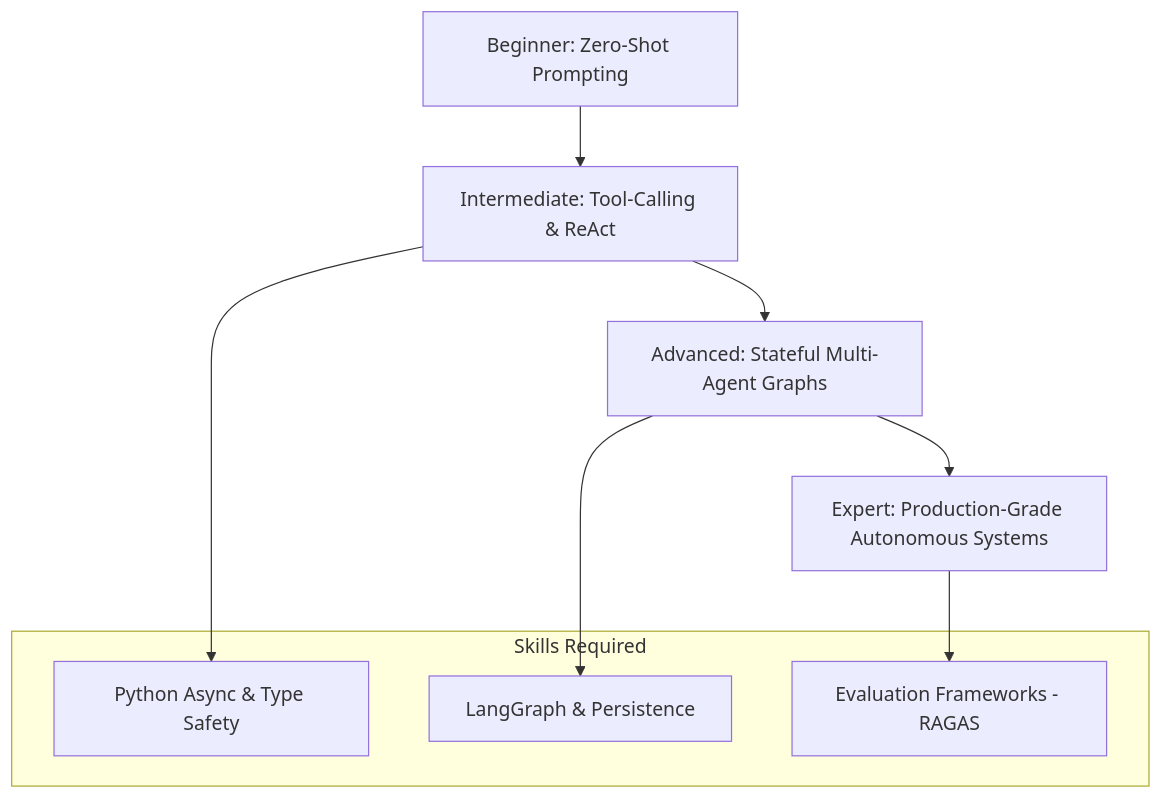
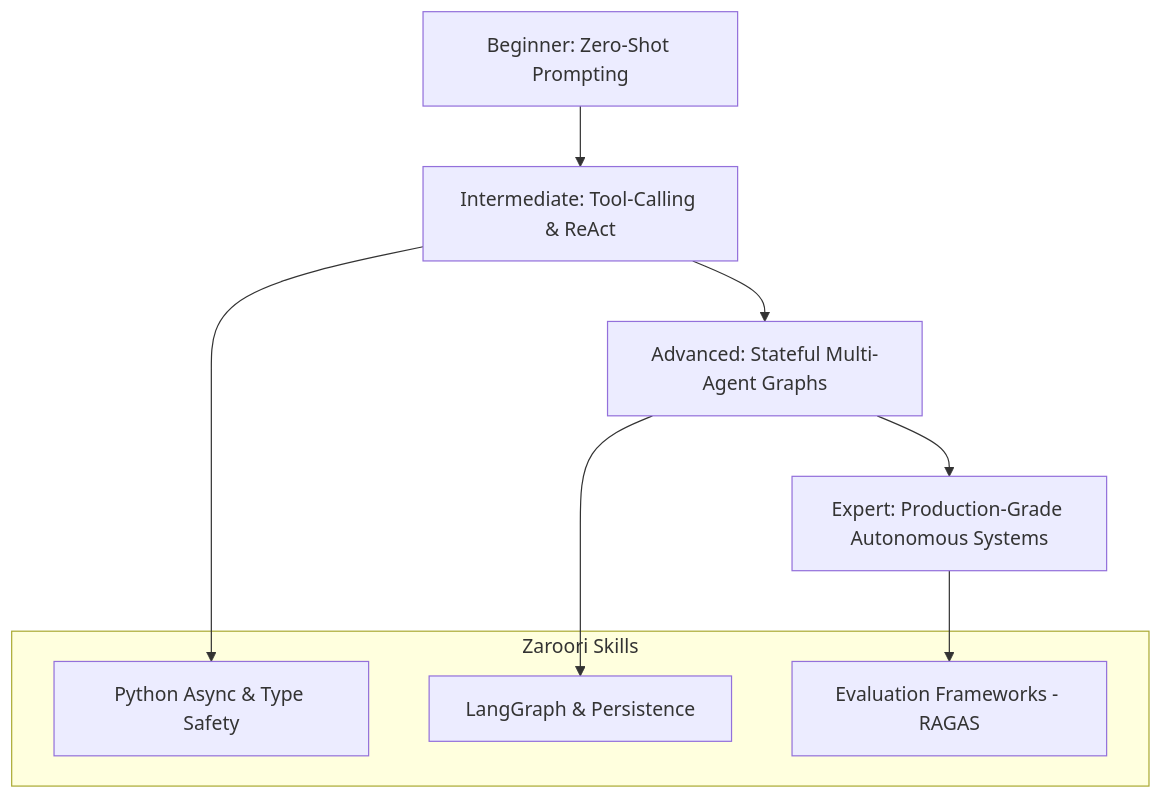
Before and after one commit to Sameer-Malik20/SusaGPT-Build-LLM-From-Scratch-With-Hinglish-Learning-Material: the diagram in docs/agentic_ai_learning/00_Foundations/Agentic_AI_Roadmap_2026.md, drawn with Mermaid. The commit also changed other lines of this file and 25 other files, not shown here.

````diff
--- a/docs/agentic_ai_learning/00_Foundations/Agentic_AI_Roadmap_2026.md
+++ b/docs/agentic_ai_learning/00_Foundations/Agentic_AI_Roadmap_2026.md
@@ -27,16 +27,16 @@
 ```mermaid
 graph TD
     A[Beginner: Zero-Shot Prompting] --> B[Intermediate: Tool-Calling & ReAct]
     B --> C[Advanced: Stateful Multi-Agent Graphs]
     C --> D[Expert: Production-Grade Autonomous Systems]
     
-    subgraph "Skills Required"
+    subgraph "Zaroori Skills"
     B1[Python Async & Type Safety]
     B2[LangGraph & Persistence]
     B3[Evaluation Frameworks - RAGAS]
     end
     
     B --> B1
     C --> B2
     D --> B3
 ```
````
